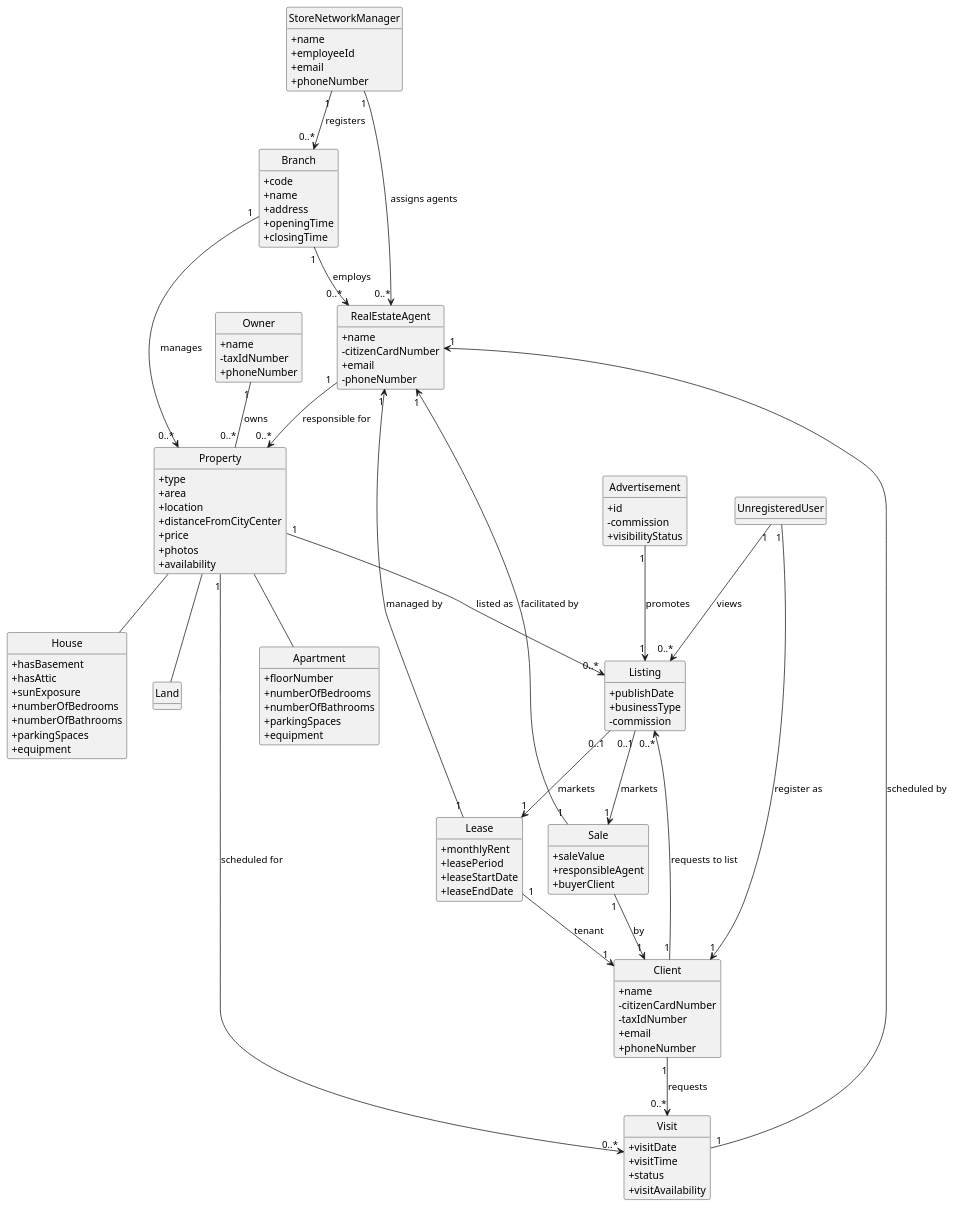
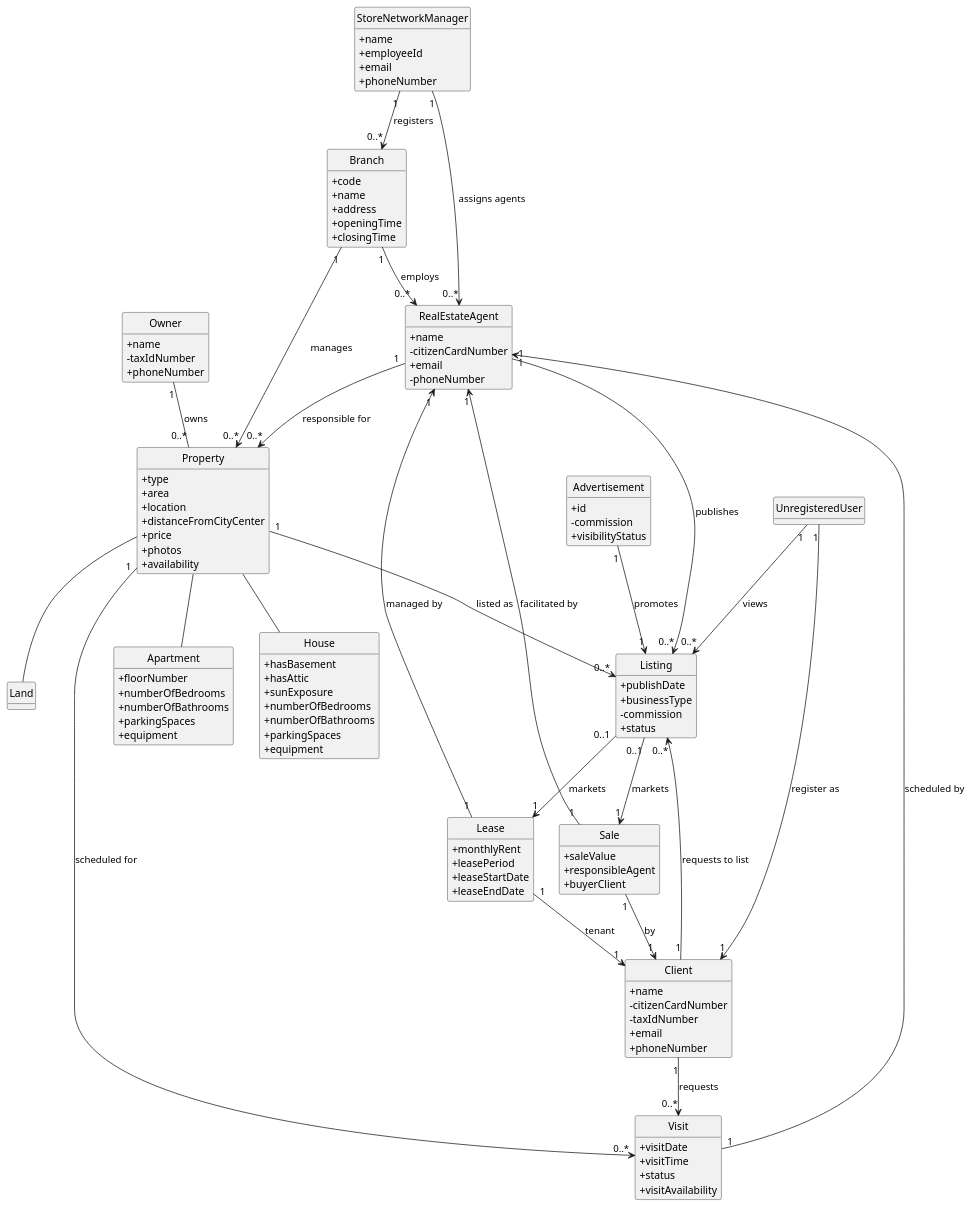
One commit to goncalomaia18/leti-esoft-24-25-A2 changed the diagram in docs/Sprint3/Global_Artifacts/DM.puml. Above: the diagram before and after it, drawn with PlantUML. The commit also changed 30 other files, not shown here.

```diff
--- a/docs/Sprint3/Global_Artifacts/DM.puml
+++ b/docs/Sprint3/Global_Artifacts/DM.puml
@@ -1,138 +1,140 @@
 @startuml
 skinparam classAttributeIconSize 0
 hide circle
 hide methods
 
 class StoreNetworkManager {
     +name
     +employeeId
     +email
     +phoneNumber
 }
 
 class Branch {
     +code
     +name
     +address
     +openingTime
     +closingTime
 }
 
 class RealEstateAgent {
     +name
     -citizenCardNumber
     +email
     -phoneNumber
 }
 
 class Property {
     +type
     +area
     +location
     +distanceFromCityCenter
     +price
     +photos
     +availability
 }
 
 class Apartment {
     +floorNumber
     +numberOfBedrooms
     +numberOfBathrooms
     +parkingSpaces
     +equipment
 }
 
 class House {
     +hasBasement
     +hasAttic
     +sunExposure
     +numberOfBedrooms
     +numberOfBathrooms
     +parkingSpaces
     +equipment
 }
 
 class Land {}
 
 class Owner {
     +name
     -taxIdNumber
     +phoneNumber
 }
 
 class Client {
     +name
     -citizenCardNumber
     -taxIdNumber
     +email
     +phoneNumber
 }
 
 class Sale {
     +saleValue
     +responsibleAgent
     +buyerClient
 }
 
 class Lease {
     +monthlyRent
     +leasePeriod
     +leaseStartDate
     +leaseEndDate
 }
 
 class Advertisement {
     +id
     -commission
     +visibilityStatus
 }
 
 class Visit {
     +visitDate
     +visitTime
     +status
     +visitAvailability
 }
 
 class Listing {
     +publishDate
     +businessType
     -commission
+    +status
 }
 class UnregisteredUser {
 }
 
 
 Branch "1" --> "0..*" RealEstateAgent : employs
 Branch "1" --> "0..*" Property : manages
 
 UnregisteredUser "1" --> "0..*" Listing : views
 UnregisteredUser "1" --> "1" Client : register as
 RealEstateAgent "1" --> "0..*" Property : responsible for
+RealEstateAgent "1" --> "0..*" Listing : publishes
 Owner "1" -- "0..*" Property : owns
 Property "1" --> "0..*" Visit : scheduled for
 Property "1" --> "0..*" Listing : listed as
 
 Listing "0..1" --> "1" Sale : markets
 Listing "0..1" --> "1" Lease : markets
 
 Advertisement "1" --> "1" Listing : promotes
 
 Property -- Apartment
 Property -- House
 Property -- Land
 
 Sale "1" --> "1" Client : by
 Sale "1" --> "1" RealEstateAgent : facilitated by
 
 Lease "1" --> "1" Client : tenant
 Lease "1" --> "1" RealEstateAgent : managed by
 
 Client "1" --> "0..*" Visit : requests
 Client "1" --> "0..*" Listing : requests to list
 Visit "1" --> "1" RealEstateAgent : scheduled by
 
 StoreNetworkManager "1" --> "0..*" Branch : registers
 StoreNetworkManager "1" --> "0..*" RealEstateAgent : assigns agents
 @enduml
```
